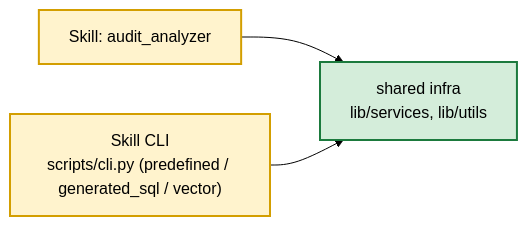
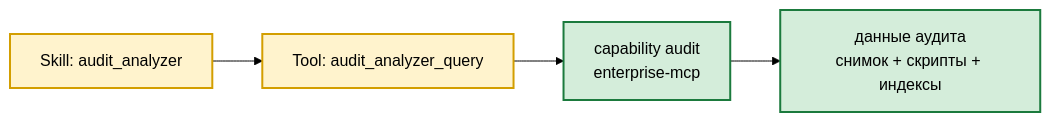
Before and after one commit to AlexEgorov85/workspaces_nanobot: the diagram in docs/skill-tool-inventory.md, drawn with Mermaid (forest theme). The commit also changed other lines of this file and 1 other file, not shown here.

First line of the commit message:
fix(docs): инвентарь навыков указывал на несуществующий CLI

````diff
--- a/docs/skill-tool-inventory.md
+++ b/docs/skill-tool-inventory.md
@@ -68,9 +74,10 @@
 ```mermaid
 flowchart LR
-    SKILL["Skill: audit_analyzer"] --> INFRA["shared infra<br/>lib/services, lib/utils"]
-    CLI["Skill CLI<br/>scripts/cli.py (predefined / generated_sql / vector)"] --> INFRA
+    SKILL["Skill: audit_analyzer"] --> TOOL["Tool: audit_analyzer_query"]
+    TOOL --> CAP["capability audit<br/>enterprise-mcp"]
+    CAP --> DATA["данные аудита<br/>снимок + скрипты + индексы"]
     classDef core fill:#fff3cd,stroke:#d39e00,stroke-width:2px
     classDef infra fill:#d4edda,stroke:#1b7a3d,stroke-width:2px
-    class SKILL,CLI core
-    class INFRA infra
+    class SKILL,TOOL core
+    class CAP,DATA infra
 ```
````
